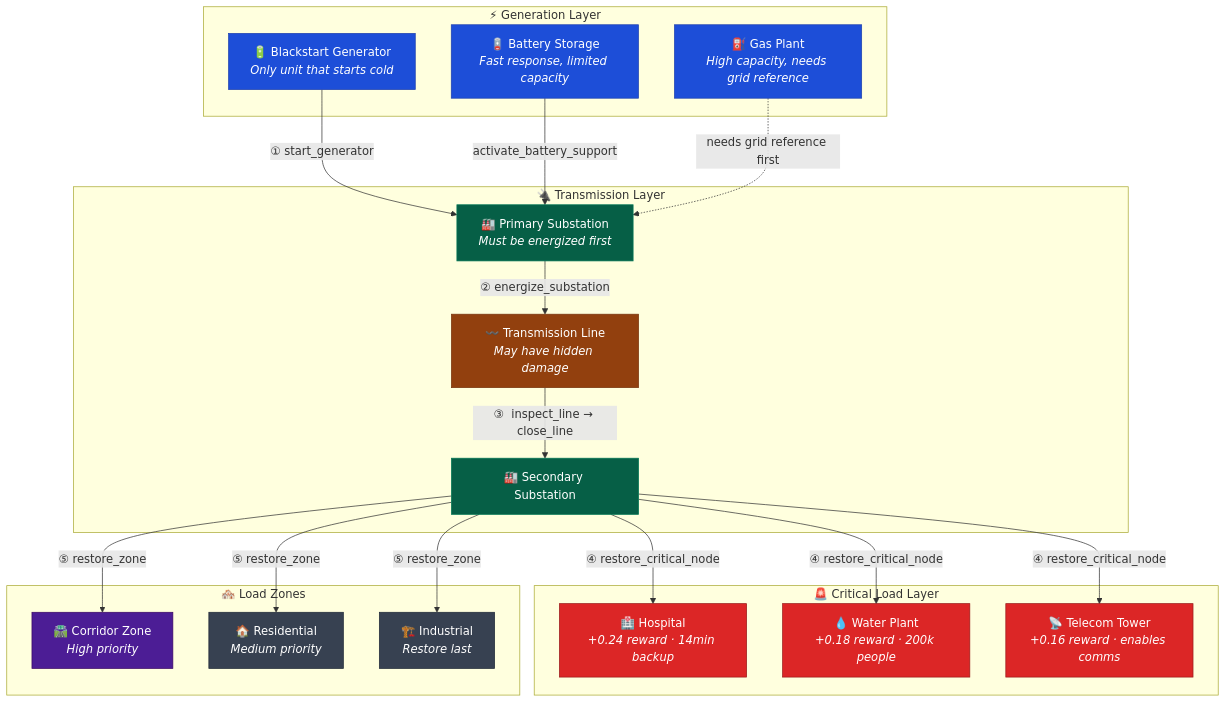
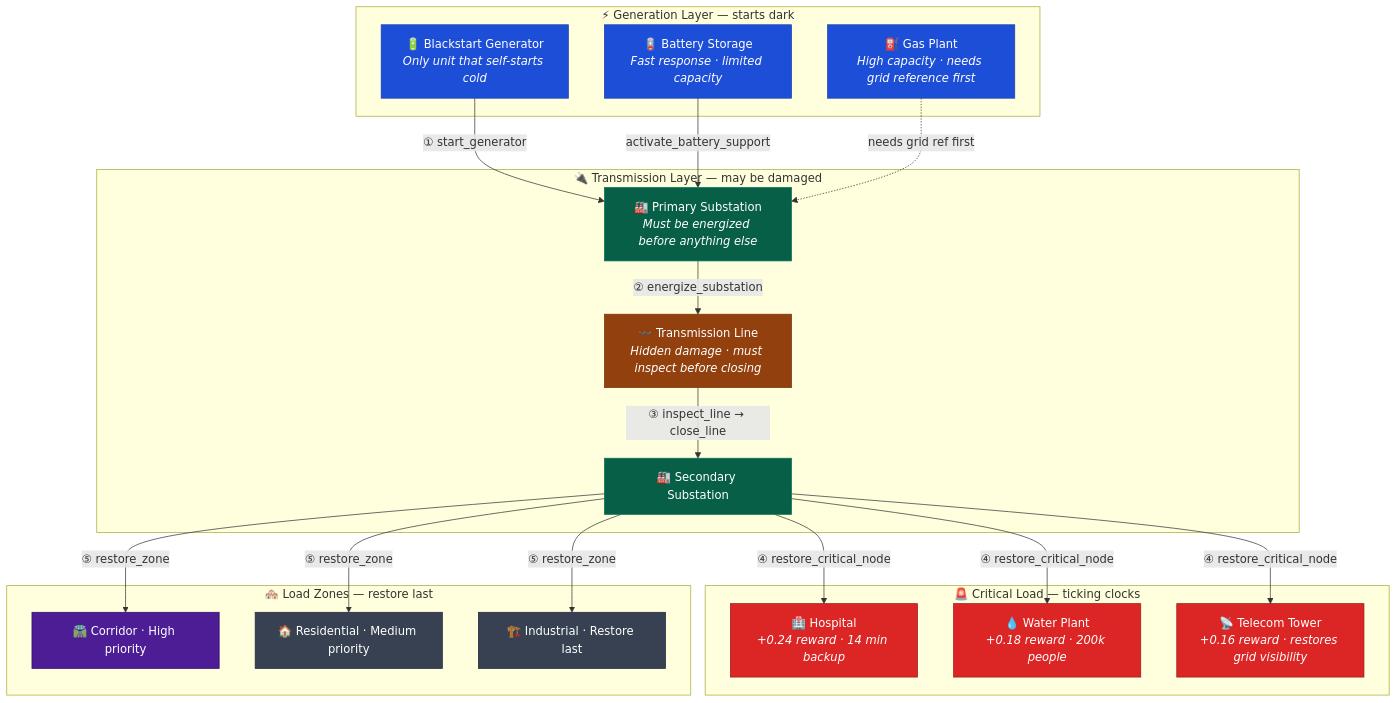
One commit to Ankitpatil944/blackout-city changed the second of 11 diagrams in README.md. Above: the diagram before and after it, drawn with Mermaid. The commit also changed other lines of this file, not shown here.

````diff
--- a/README.md
+++ b/README.md
@@ -41,51 +67,51 @@
 ```mermaid
 graph TD
-    subgraph GENERATION ["⚡ Generation Layer"]
-        GEN["🔋 Blackstart Generator<br/><i>Only unit that starts cold</i>"]
-        BAT["🪫 Battery Storage<br/><i>Fast response, limited capacity</i>"]
-        GAS["⛽ Gas Plant<br/><i>High capacity, needs grid reference</i>"]
+    subgraph GEN ["⚡ Generation Layer — starts dark"]
+        G1["🔋 Blackstart Generator<br/><i>Only unit that self-starts cold</i>"]
+        G2["🪫 Battery Storage<br/><i>Fast response · limited capacity</i>"]
+        G3["⛽ Gas Plant<br/><i>High capacity · needs grid reference first</i>"]
     end
 
-    subgraph TRANSMISSION ["🔌 Transmission Layer"]
-        SUB1["🏭 Primary Substation<br/><i>Must be energized first</i>"]
-        LINE["〰️ Transmission Line<br/><i>May have hidden damage</i>"]
-        SUB2["🏭 Secondary Substation"]
+    subgraph TX ["🔌 Transmission Layer — may be damaged"]
+        S1["🏭 Primary Substation<br/><i>Must be energized before anything else</i>"]
+        L1["〰️ Transmission Line<br/><i>Hidden damage · must inspect before closing</i>"]
+        S2["🏭 Secondary Substation"]
     end
 
-    subgraph CRITICAL ["🚨 Critical Load Layer"]
-        HOSP["🏥 Hospital<br/><i>+0.24 reward · 14min backup</i>"]
-        WATER["💧 Water Plant<br/><i>+0.18 reward · 200k people</i>"]
-        TELECOM["📡 Telecom Tower<br/><i>+0.16 reward · enables comms</i>"]
+    subgraph CRIT ["🚨 Critical Load — ticking clocks"]
+        H["🏥 Hospital<br/><i>+0.24 reward · 14 min backup</i>"]
+        W["💧 Water Plant<br/><i>+0.18 reward · 200k people</i>"]
+        T["📡 Telecom Tower<br/><i>+0.16 reward · restores grid visibility</i>"]
     end
 
-    subgraph ZONES ["🏘️ Load Zones"]
-        CORRIDOR["🛣️ Corridor Zone<br/><i>High priority</i>"]
-        RESIDENTIAL["🏠 Residential<br/><i>Medium priority</i>"]
-        INDUSTRIAL["🏗️ Industrial<br/><i>Restore last</i>"]
+    subgraph ZONES ["🏘️ Load Zones — restore last"]
+        Z1["🛣️ Corridor · High priority"]
+        Z2["🏠 Residential · Medium priority"]
+        Z3["🏗️ Industrial · Restore last"]
     end
 
-    GEN -->|"①  start_generator"| SUB1
-    BAT -->|"activate_battery_support"| SUB1
-    GAS -.->|"needs grid reference first"| SUB1
-    SUB1 -->|"②  energize_substation"| LINE
-    LINE -->|"③  inspect_line → close_line"| SUB2
-    SUB2 -->|"④  restore_critical_node"| HOSP
-    SUB2 -->|"④  restore_critical_node"| WATER
-    SUB2 -->|"④  restore_critical_node"| TELECOM
-    SUB2 -->|"⑤  restore_zone"| CORRIDOR
-    SUB2 -->|"⑤  restore_zone"| RESIDENTIAL
-    SUB2 -->|"⑤  restore_zone"| INDUSTRIAL
+    G1 -->|"① start_generator"| S1
+    G2 -->|"activate_battery_support"| S1
+    G3 -. "needs grid ref first" .-> S1
+    S1 -->|"② energize_substation"| L1
+    L1 -->|"③ inspect_line → close_line"| S2
+    S2 -->|"④ restore_critical_node"| H
+    S2 -->|"④ restore_critical_node"| W
+    S2 -->|"④ restore_critical_node"| T
+    S2 -->|"⑤ restore_zone"| Z1
+    S2 -->|"⑤ restore_zone"| Z2
+    S2 -->|"⑤ restore_zone"| Z3
 
-    style GEN fill:#1d4ed8,color:#fff,stroke:#1e40af
-    style BAT fill:#1d4ed8,color:#fff,stroke:#1e40af
-    style GAS fill:#1d4ed8,color:#fff,stroke:#1e40af
-    style HOSP fill:#dc2626,color:#fff,stroke:#991b1b
-    style WATER fill:#dc2626,color:#fff,stroke:#991b1b
-    style TELECOM fill:#dc2626,color:#fff,stroke:#991b1b
-    style SUB1 fill:#065f46,color:#fff,stroke:#047857
-    style SUB2 fill:#065f46,color:#fff,stroke:#047857
-    style LINE fill:#92400e,color:#fff,stroke:#78350f
-    style CORRIDOR fill:#4c1d95,color:#fff,stroke:#3b0764
-    style RESIDENTIAL fill:#374151,color:#fff,stroke:#1f2937
-    style INDUSTRIAL fill:#374151,color:#fff,stroke:#1f2937
+    style G1 fill:#1d4ed8,color:#fff,stroke:#1e40af
+    style G2 fill:#1d4ed8,color:#fff,stroke:#1e40af
+    style G3 fill:#1d4ed8,color:#fff,stroke:#1e40af
+    style S1 fill:#065f46,color:#fff,stroke:#047857
+    style S2 fill:#065f46,color:#fff,stroke:#047857
+    style L1 fill:#92400e,color:#fff,stroke:#78350f
+    style H  fill:#dc2626,color:#fff,stroke:#991b1b
+    style W  fill:#dc2626,color:#fff,stroke:#991b1b
+    style T  fill:#dc2626,color:#fff,stroke:#991b1b
+    style Z1 fill:#4c1d95,color:#fff,stroke:#3b0764
+    style Z2 fill:#374151,color:#fff,stroke:#1f2937
+    style Z3 fill:#374151,color:#fff,stroke:#1f2937
 ```
````
